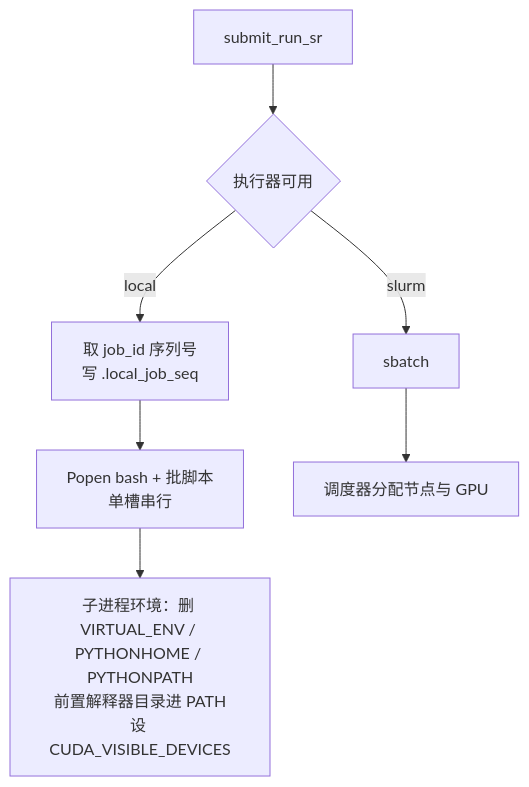
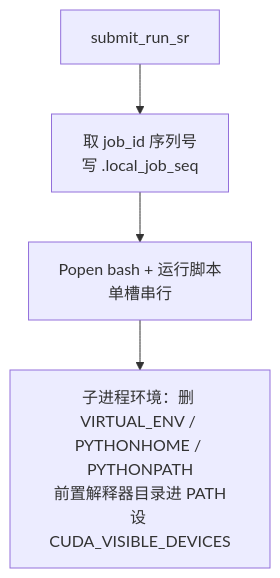
One commit to Jason001028/sr_agent_platform changed the fourth of 5 diagrams in docs/knowledge/io-pipeline/sr-io.md. Above: the diagram before and after it, drawn with Mermaid. The commit also changed other lines of this file and 74 other files, not shown here.

````diff
--- a/docs/knowledge/io-pipeline/sr-io.md
+++ b/docs/knowledge/io-pipeline/sr-io.md
@@ -129,9 +120,6 @@
 ```mermaid
 flowchart TD
-  SUB["submit_run_sr"] --> AV{"执行器可用"}
-  AV -->|"local"| R1["取 job_id 序列号<br/>写 .local_job_seq"]
-  AV -->|"slurm"| R2["sbatch"]
-  R1 --> P["Popen bash + 批脚本<br/>单槽串行"]
-  R2 --> Q["调度器分配节点与 GPU"]
+  SUB["submit_run_sr"] --> R1["取 job_id 序列号<br/>写 .local_job_seq"]
+  R1 --> P["Popen bash + 运行脚本<br/>单槽串行"]
   P --> G["子进程环境：删 VIRTUAL_ENV / PYTHONHOME / PYTHONPATH<br/>前置解释器目录进 PATH<br/>设 CUDA_VISIBLE_DEVICES"]
 ```
````
